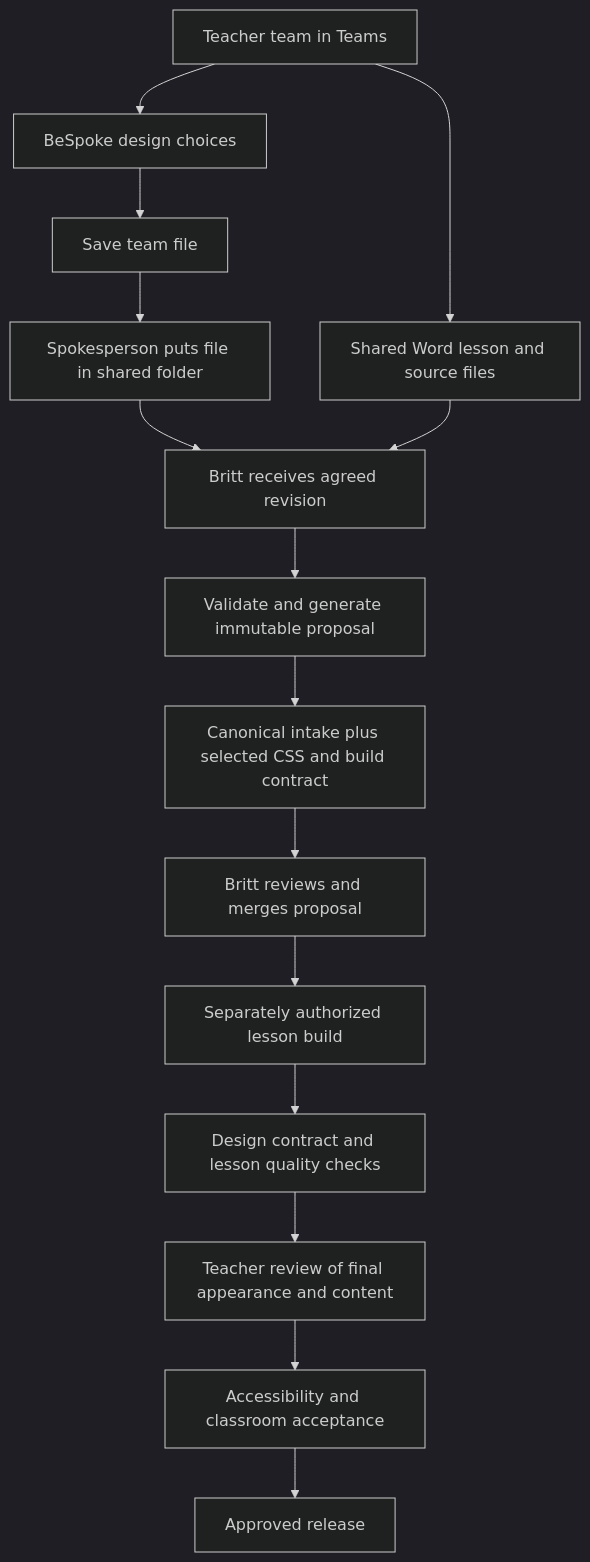
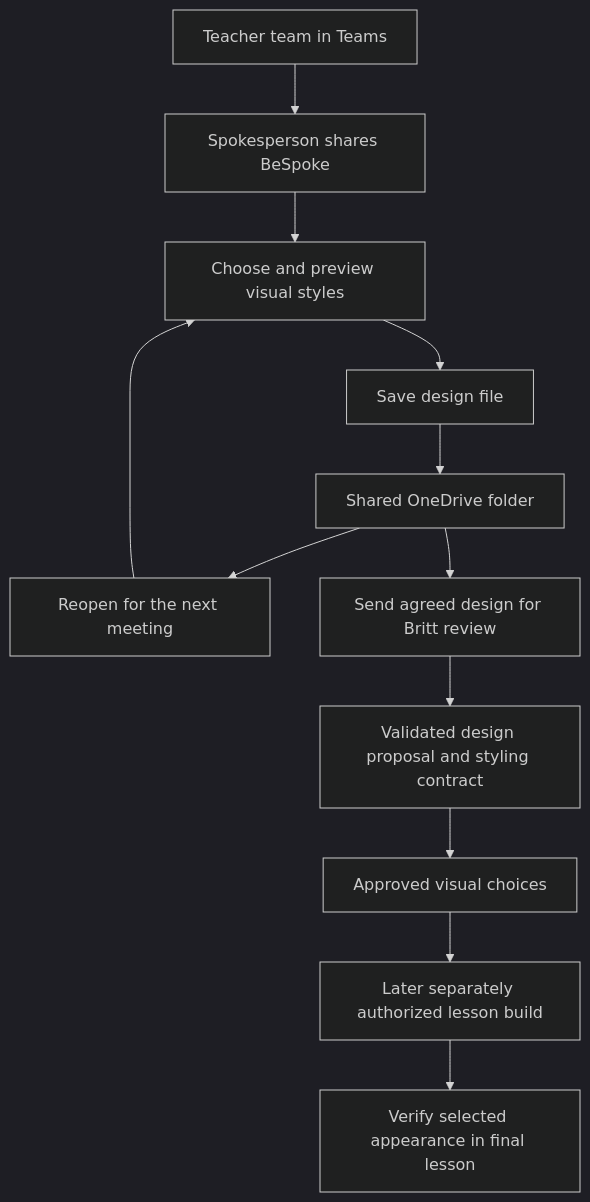
One commit to doclegg05/Curriculum-Employability-Skills changed the diagram in docs/qa-reports/project-review-2026-09-22.md. Above: the diagram before and after it, drawn with Mermaid (dark theme). The commit also changed other lines of this file and 10 other files, not shown here.

Commit message:
Clarify BeSpoke workflow as visual design only

````diff
--- a/docs/qa-reports/project-review-2026-09-22.md
+++ b/docs/qa-reports/project-review-2026-09-22.md
@@ -90,17 +91,14 @@
 ```mermaid
 flowchart TD
-    A[Teacher team in Teams] --> B[Shared Word lesson and source files]
-    A --> C[BeSpoke design choices]
-    C --> D[Save team file]
-    D --> E[Spokesperson puts file in shared folder]
-    E --> F[Britt receives agreed revision]
-    B --> F
-    F --> G[Validate and generate immutable proposal]
-    G --> H[Canonical intake plus selected CSS and build contract]
-    H --> I[Britt reviews and merges proposal]
-    I --> J[Separately authorized lesson build]
-    J --> K[Design contract and lesson quality checks]
-    K --> L[Teacher review of final appearance and content]
-    L --> M[Accessibility and classroom acceptance]
-    M --> N[Approved release]
+    A[Teacher team in Teams] --> B[Spokesperson shares BeSpoke]
+    B --> C[Choose and preview visual styles]
+    C --> D[Save design file]
+    D --> E[Shared OneDrive folder]
+    E --> F[Reopen for the next meeting]
+    F --> C
+    E --> G[Send agreed design for Britt review]
+    G --> H[Validated design proposal and styling contract]
+    H --> I[Approved visual choices]
+    I --> J[Later separately authorized lesson build]
+    J --> K[Verify selected appearance in final lesson]
 ```
````
